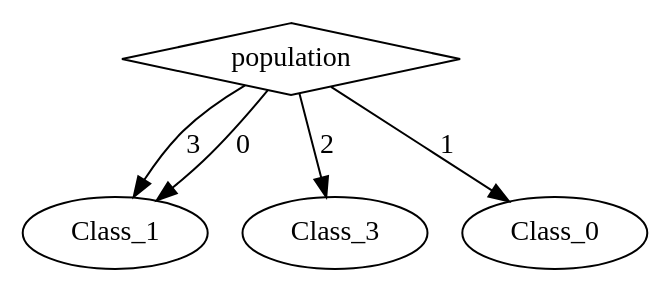
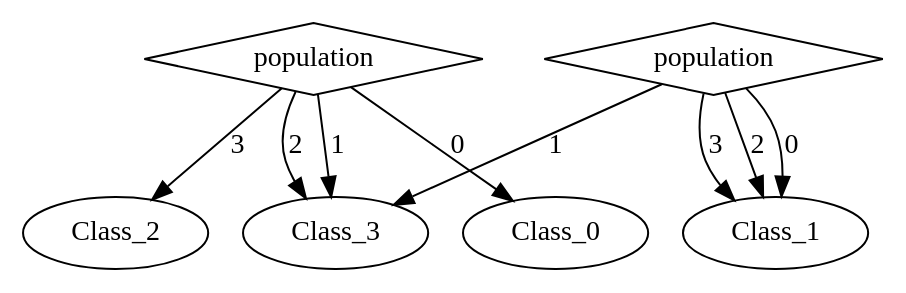
The diagram in examples/california_census_simplified/program/program8.dot (torfah/synplicate), drawn with Graphviz before and after one commit. The commit also changed 69 other files, not shown here.

```diff
--- a/examples/california_census_simplified/program/program8.dot
+++ b/examples/california_census_simplified/program/program8.dot
@@ -1,12 +1,21 @@
 digraph {
-node [label=Class_1,style=""] Class_1
+node [label=Class_2,style=""] Class_2
+node [label=Class_3,style=""] Class_3
 node [label=Class_3,style=""] Class_3
 node [label=Class_0,style=""] Class_0
 node [label=Class_1,style=""] Class_1
+node [label=Class_1,style=""] Class_1
+node [label=Class_3,style=""] Class_3
+node [label=Class_1,style=""] Class_1
+node [label=population,shape="diamond",style=""] 1
 node [label=population,shape="diamond",style=""] 0
 
+1 -> Class_2 [label="3"]
+1 -> Class_3 [label="2"]
+1 -> Class_3 [label="1"]
+1 -> Class_0 [label="0"]
 0 -> Class_1 [label="3"]
-0 -> Class_3 [label="2"]
-0 -> Class_0 [label="1"]
+0 -> Class_1 [label="2"]
+0 -> Class_3 [label="1"]
 0 -> Class_1 [label="0"]
 }
```
